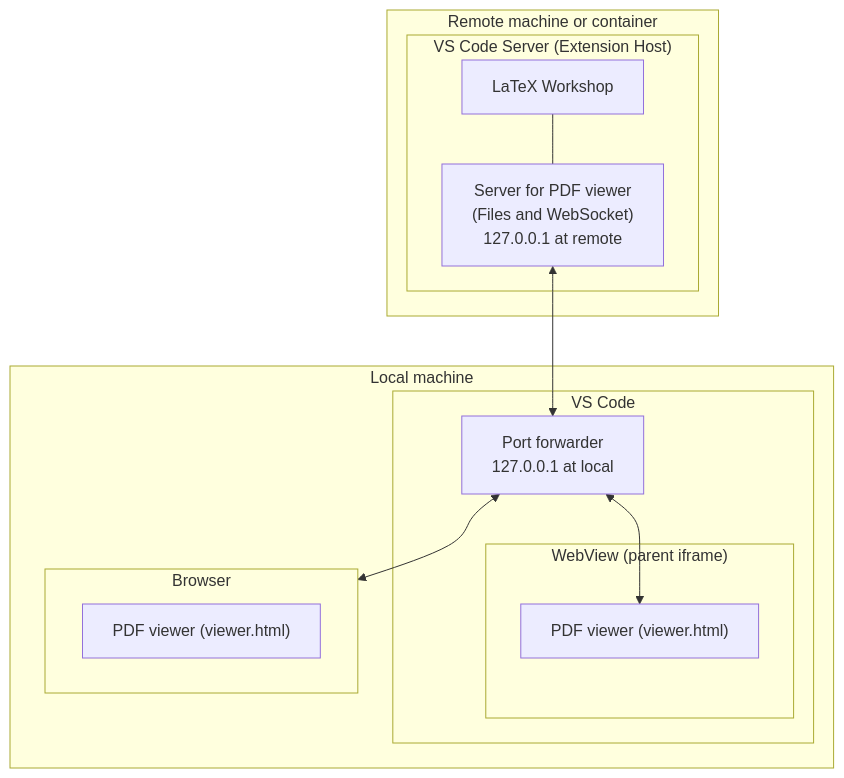
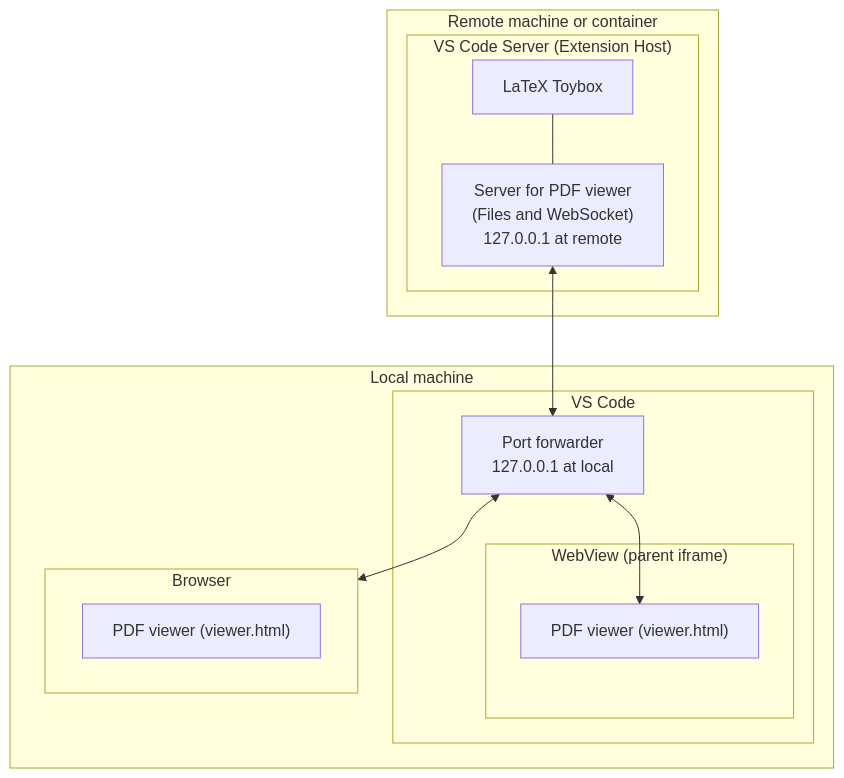
Before and after one commit to tamuratak/latex-toybox: the second of 10 diagrams in viewer/README.md, drawn with Mermaid. The commit also changed other lines of this file, not shown here.

````diff
--- a/viewer/README.md
+++ b/viewer/README.md
@@ -65,24 +66,24 @@
 ```mermaid
 flowchart TB
   subgraph Remote["Remote machine or container"]
     subgraph ExtensionHost["VS Code Server (Extension Host)"]
-      LW["LaTeX Workshop"]
+      LW["LaTeX Toybox"]
       Server["Server for PDF viewer\n(Files and WebSocket)\n127.0.0.1 at remote"]
       LW --- Server
     end
   end
   subgraph Local["Local machine"]
     subgraph VSCode["VS Code"]
       PortForwarder["Port forwarder\n127.0.0.1 at local"]
       subgraph WebView["WebView (parent iframe)"]
         PDFViewer["PDF viewer (viewer.html)"]
       end
     end
     subgraph Browser
       PDFViewerB["PDF viewer (viewer.html)"]
     end
   end
   PortForwarder <--> PDFViewer
   PortForwarder <--> Browser
   Server <--> PortForwarder
 ```
````
